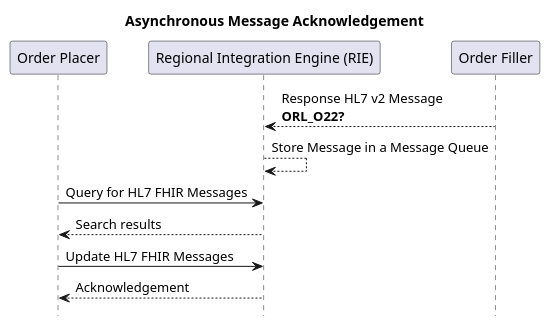
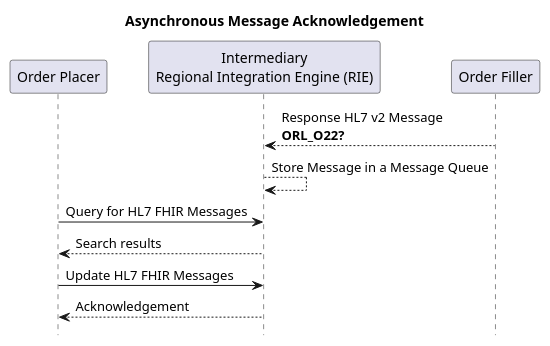
The diagram in input/images-source/LAB1-sequence-async-ack.plantuml (nw-gmsa/nw-gmsa.github.com), drawn with PlantUML before and after one commit. The commit also changed 11 other files, not shown here.

```diff
--- a/input/images-source/LAB1-sequence-async-ack.plantuml
+++ b/input/images-source/LAB1-sequence-async-ack.plantuml
@@ -1,18 +1,18 @@
 @startuml
 
 title "Asynchronous Message Acknowledgement"
 
 hide footbox
 
 participant "Order Placer" as EPR
-participant "Regional Integration Engine (RIE)" as TIE
+participant "Intermediary\nRegional Integration Engine (RIE)" as TIE
 participant "Order Filler" as LIMS
 
 LIMS --> TIE: Response HL7 v2 Message\n**ORL_O22?**
 TIE --> TIE: Store Message in a Message Queue
 EPR -> TIE: Query for HL7 FHIR Messages
 TIE --> EPR: Search results
 EPR -> TIE: Update HL7 FHIR Messages
 TIE --> EPR: Acknowledgement
 
 @enduml
```
